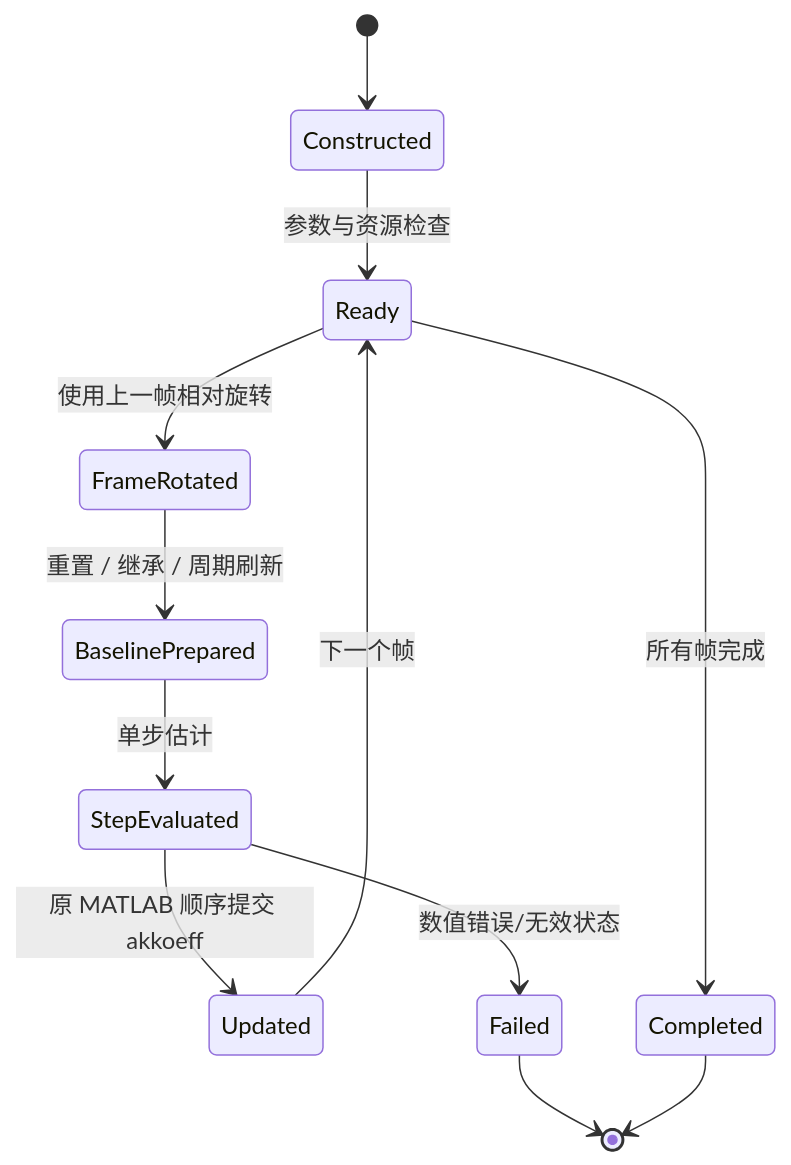
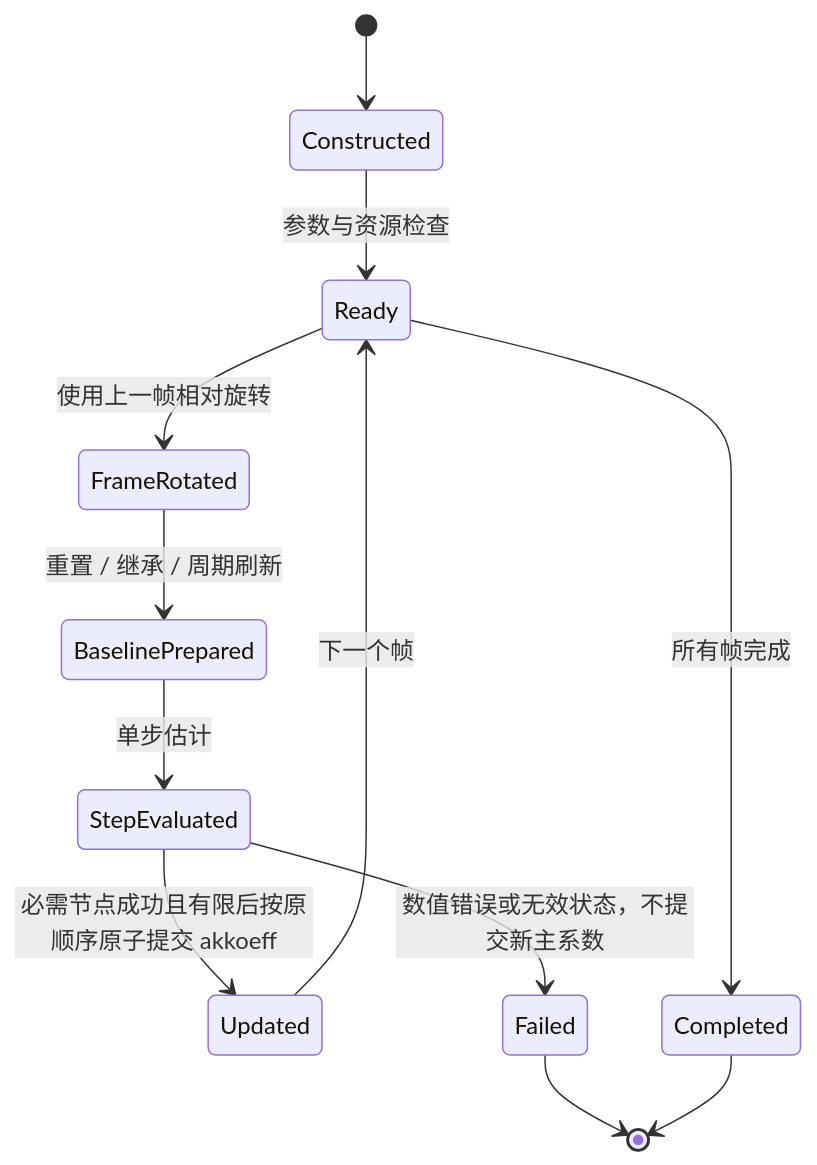
One commit to ncut-d1z/Egomotion-Estimation-with-Dense-Flow-Fields changed the second of 2 diagrams in docs/OBJECT_MODEL.md. Above: the diagram before and after it, drawn with Mermaid. The commit also changed other lines of this file, not shown here.

Commit message:
docs(audit): resolve AF-013–020 per approved CLI, failure, tolerances and Sophus decisions

````diff
--- a/docs/OBJECT_MODEL.md
+++ b/docs/OBJECT_MODEL.md
@@ -154,14 +154,14 @@
 ```mermaid
 stateDiagram-v2
   [*] --> Constructed
   Constructed --> Ready: 参数与资源检查
   Ready --> FrameRotated: 使用上一帧相对旋转
   FrameRotated --> BaselinePrepared: 重置 / 继承 / 周期刷新
   BaselinePrepared --> StepEvaluated: 单步估计
-  StepEvaluated --> Updated: 原 MATLAB 顺序提交 akkoeff
+  StepEvaluated --> Updated: 必需节点成功且有限后按原顺序原子提交 akkoeff
   Updated --> Ready: 下一个帧
-  StepEvaluated --> Failed: 数值错误/无效状态
+  StepEvaluated --> Failed: 数值错误或无效状态，不提交新主系数
   Ready --> Completed: 所有帧完成
   Failed --> [*]
   Completed --> [*]
 ```
````
